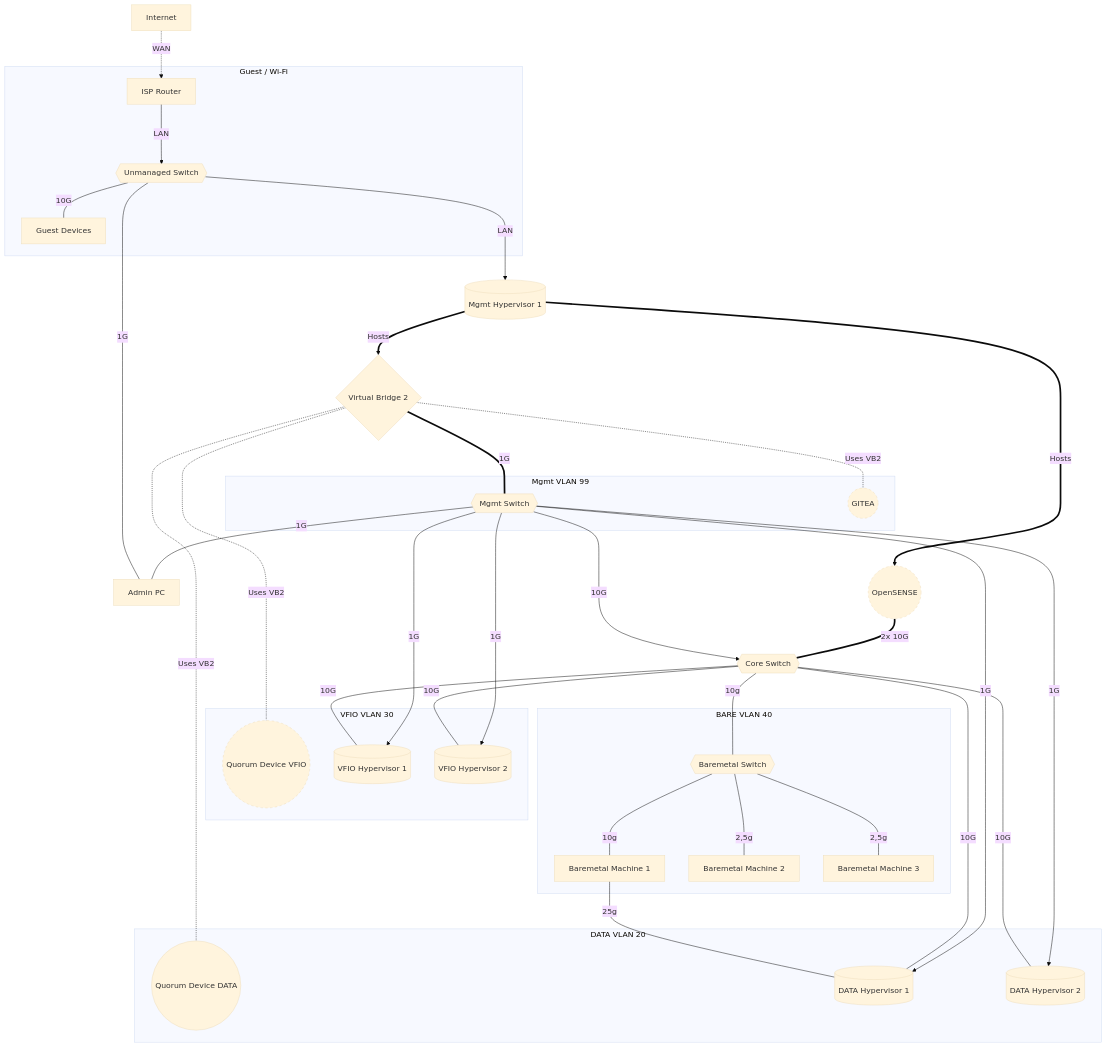
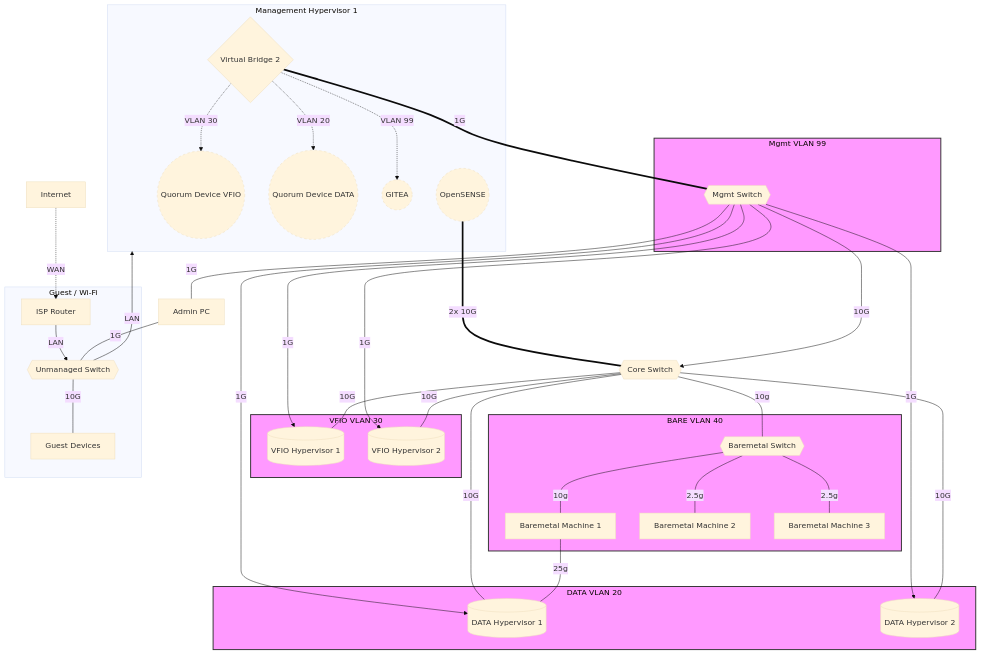
Before and after one commit to woeiru/lab: the diagram in alp/netop.md, drawn with Mermaid (base theme).

Commit message:
standard

````diff
--- a/alp/netop.md
+++ b/alp/netop.md
@@ -3,64 +3,70 @@
 ```mermaid
 graph TD
+    subgraph MH1[Management Hypervisor 1]
+        VB2{Virtual Bridge 2}
+        OPN((OpenSENSE))
+        QDV((Quorum Device VFIO))
+        QDD((Quorum Device DATA))
+        GIT((GITEA))
+    end
+
     INT[Internet] -.-> |WAN| ISPR[ISP Router]
-    ISPR ---> |LAN| US
-    US{{Unmanaged Switch}} ---> |LAN| MH1[(Mgmt Hypervisor 1)]
+    ISPR --> |LAN| US{{Unmanaged Switch}}
+    US --> |LAN| MH1
     US ---|"10G"| GD[Guest Devices]
 
     MS{{Mgmt Switch}} ---|"1G"| APC[Admin PC]
     APC ---|"1G"| US
 
-    MH1 ==>|"Hosts"| VB2{Virtual Bridge 2} 
-    MH1 ==>|"Hosts"| OPN((OpenSENSE))
-    VB2 -.- |"Uses VB2"| QDV((Quorum Device VFIO))
-    VB2 -.- |"Uses VB2"| QDD((Quorum Device DATA))
+    VB2 ===|"1G"| MS
     OPN ===|"2x 10G"| CS{{Core Switch}}
-    VB2 ===|"1G"| MS
-    VB2 -.- |"Uses VB2"| GIT((GITEA))
 
     MS --->|"10G"| CS
     MS --->|"1G"| DH1
     MS --->|"1G"| DH2
     MS --->|"1G"| VH1
     MS --->|"1G"| VH2
 
     CS ---|"10G"| DH1[(DATA Hypervisor 1)]
     CS ---|"10G"| DH2[(DATA Hypervisor 2)]
     CS ---|"10G"| VH1[(VFIO Hypervisor 1)]
     CS ---|"10G"| VH2[(VFIO Hypervisor 2)]
 
     CS ---|"10g"| BMS{{Baremetal Switch}}
     BMS ---|"10g"| BM1[Baremetal Machine 1]
     BM1 ---|"25g"| DH1
-    BMS ---|"2,5g"| BM2[Baremetal Machine 2]
-    BMS ---|"2,5g"| BM3[Baremetal Machine 3]
+    BMS ---|"2.5g"| BM2[Baremetal Machine 2]
+    BMS ---|"2.5g"| BM3[Baremetal Machine 3]
 
     subgraph VLAN20 [DATA VLAN 20]
         DH1
         DH2
-        QDD
     end
     subgraph VLAN30 [VFIO VLAN 30]
         VH1
         VH2
-        QDV
     end
     subgraph VLAN40 [BARE VLAN 40]
-       BMS
-       BM1 
-       BM2 
-       BM3 
+        BMS
+        BM1 
+        BM2 
+        BM3 
     end
-
     subgraph VLAN99 [Mgmt VLAN 99]
         MS
-        GIT
     end
     subgraph Guest [Guest / Wi-Fi]
         ISPR
         GD
         US
     end
+
+    VB2 -.->|VLAN 20| QDD
+    VB2 -.->|VLAN 30| QDV
+    VB2 -.->|VLAN 99| GIT
+
     classDef punctuated stroke-dasharray: 5 5;
-    class GIT,QDV,OPN punctuated;
+    class GIT,QDV,QDD,OPN punctuated;
+    classDef vlan fill:#f9f,stroke:#333,stroke-width:2px;
+    class VLAN20,VLAN30,VLAN40,VLAN99 vlan;
 ```
````
